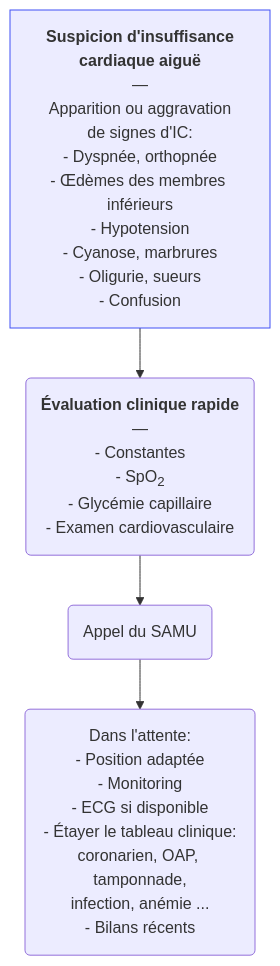
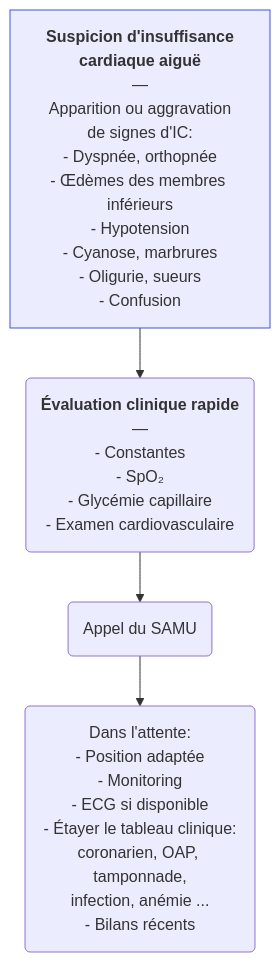
Before and after one commit to djibe/recommandations-medicales: the diagram in content/recommandations/insuffisance-cardiaque-aigue.md, drawn with Mermaid. The commit also changed other lines of this file and 59 other files, not shown here.

```diff
--- a/content/recommandations/insuffisance-cardiaque-aigue.md
+++ b/content/recommandations/insuffisance-cardiaque-aigue.md
@@ -94,5 +94,5 @@
 {{< mermaid title="Prise en charge de l'insuffisance cardiaque aiguë par le médecin généraliste. Dr JB Fron d'après ESC 2023 et 2021" >}}
 graph TB
-  suspicion["<b>Suspicion d'insuffisance<br>cardiaque aiguë</b><br>—<br>Apparition ou aggravation<br>de signes d'IC:<br>- Dyspnée, orthopnée<br>- Œdèmes des membres inférieurs<br>- Hypotension<br>- Cyanose, marbrures<br>- Oligurie, sueurs<br>- Confusion"] --> clinique("<b>Évaluation clinique rapide</b><br>—<br>- Constantes<br>- SpO<sub>2</sub><br>- Glycémie capillaire<br>- Examen cardiovasculaire") --> SAMU(Appel du SAMU) --> attente("Dans l'attente:<br>- Position adaptée<br>- Monitoring<br>- ECG si disponible<br>- Étayer le tableau clinique:<br>coronarien, OAP, tamponnade,<br>infection, anémie ...<br>- Bilans récents")
+  suspicion["<b>Suspicion d'insuffisance<br>cardiaque aiguë</b><br>—<br>Apparition ou aggravation<br>de signes d'IC:<br>- Dyspnée, orthopnée<br>- Œdèmes des membres inférieurs<br>- Hypotension<br>- Cyanose, marbrures<br>- Oligurie, sueurs<br>- Confusion"] --> clinique("<b>Évaluation clinique rapide</b><br>—<br>- Constantes<br>- SpO₂<br>- Glycémie capillaire<br>- Examen cardiovasculaire") --> SAMU(Appel du SAMU) --> attente("Dans l'attente:<br>- Position adaptée<br>- Monitoring<br>- ECG si disponible<br>- Étayer le tableau clinique:<br>coronarien, OAP, tamponnade,<br>infection, anémie ...<br>- Bilans récents")
   style suspicion stroke:#4150f5, stroke-width:1px
 {{< /mermaid >}}
```
